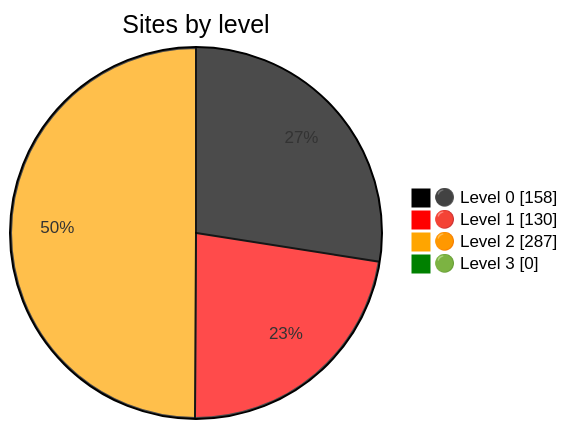
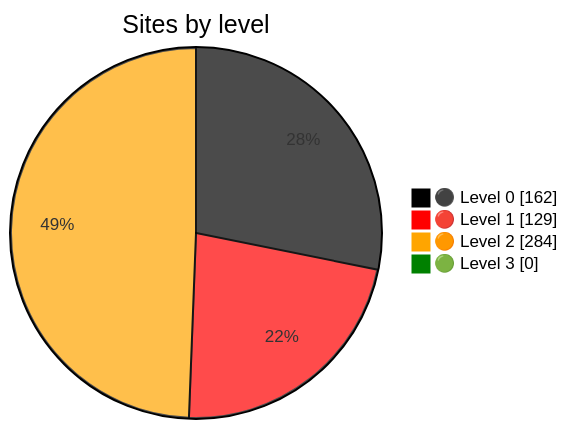
The diagram in README.md (nuuuwan/gov_lk_web_auditor), drawn with Mermaid before and after one commit. The commit also changed other lines of this file and 2582 other files, not shown here.

````diff
--- a/README.md
+++ b/README.md
@@ -24,9 +24,9 @@
 ```mermaid
 %%{init: {"themeVariables":{"pie1":"black","pie2":"red","pie3":"orange","pie4":"green"}}}%%
 pie showData
     title Sites by level
-    "⚫ Level 0" : 158
-    "🔴 Level 1" : 130
-    "🟠 Level 2" : 287
+    "⚫ Level 0" : 162
+    "🔴 Level 1" : 129
+    "🟠 Level 2" : 284
     "🟢 Level 3" : 0
 ```
````
